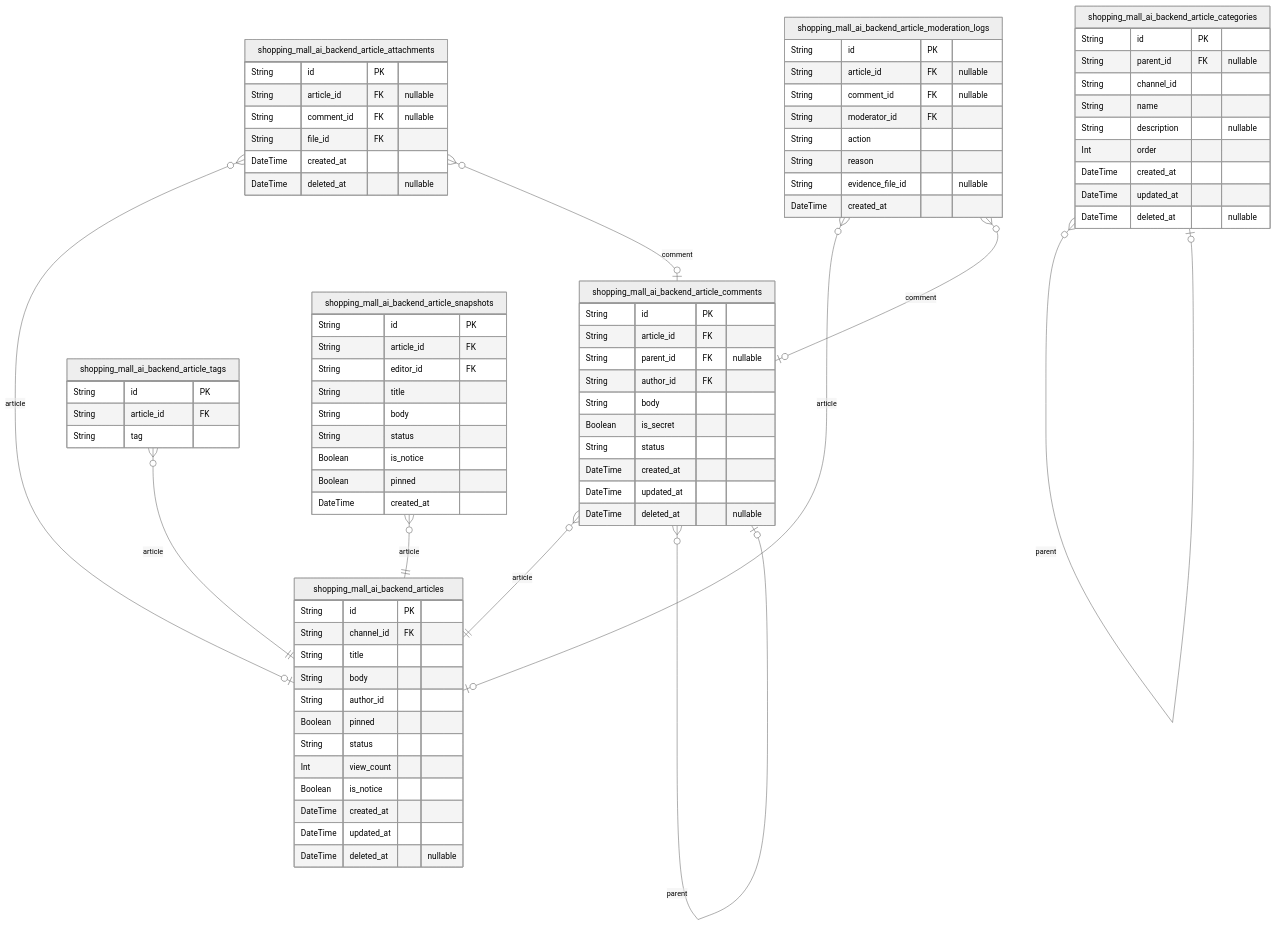
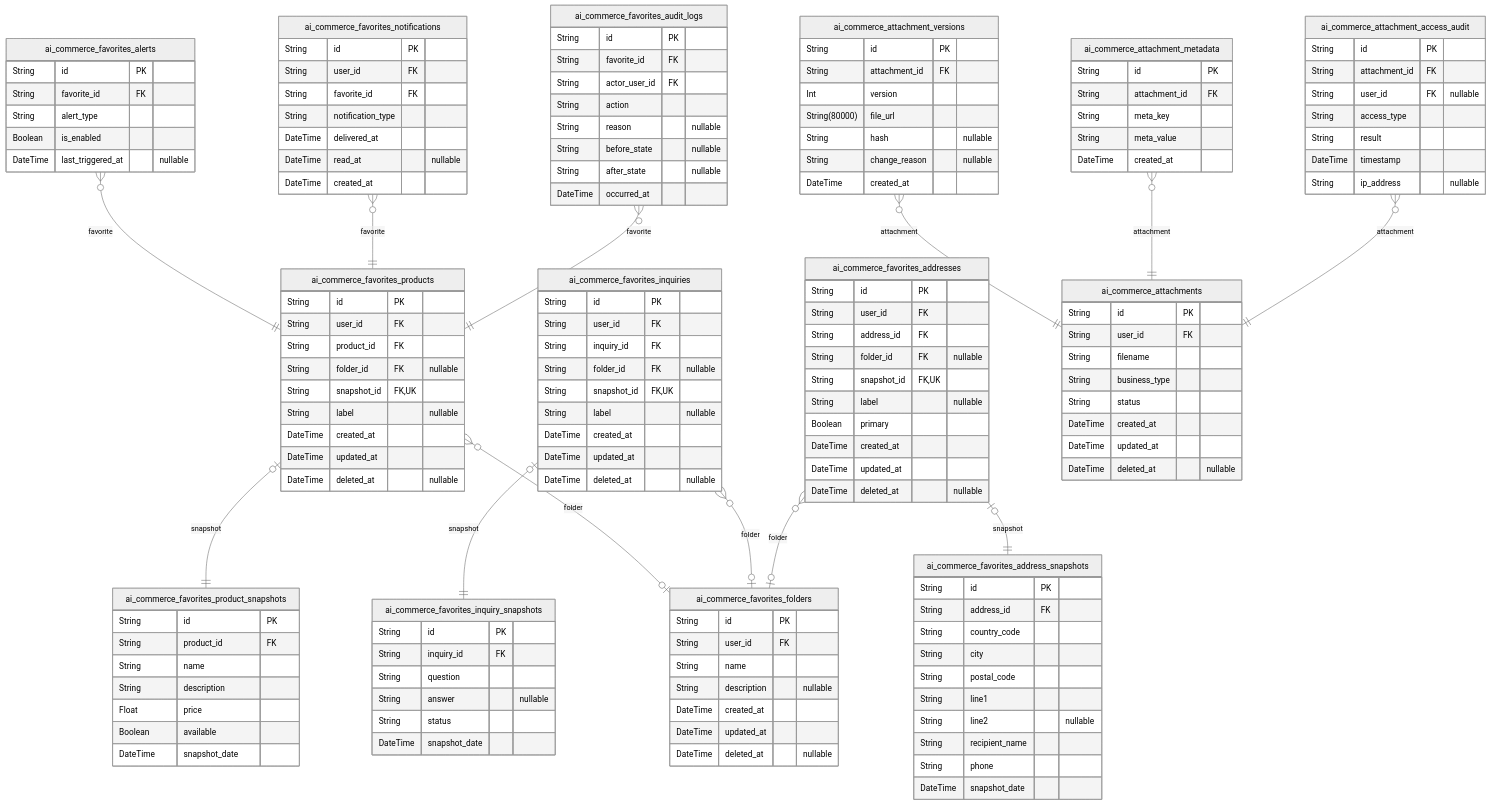
One commit to wrtnlabs/autobe-example-shopping-openai-gpt-4.1 changed the tenth of 11 diagrams in docs/ERD.md. Above: the diagram before and after it, drawn with Mermaid (neutral theme). The commit also changed other lines of this file and 2932 other files, not shown here.

````diff
--- a/docs/ERD.md
+++ b/docs/ERD.md
@@ -2694,83 +3177,148 @@
 ```mermaid
 erDiagram
-"shopping_mall_ai_backend_articles" {
+"ai_commerce_favorites_products" {
   String id PK
-  String channel_id FK
-  String title
-  String body
-  String author_id
-  Boolean pinned
-  String status
-  Int view_count
-  Boolean is_notice
+  String user_id FK
+  String product_id FK
+  String folder_id FK "nullable"
+  String snapshot_id FK,UK
+  String label "nullable"
   DateTime created_at
   DateTime updated_at
   DateTime deleted_at "nullable"
 }
-"shopping_mall_ai_backend_article_comments" {
+"ai_commerce_favorites_inquiries" {
   String id PK
-  String article_id FK
-  String parent_id FK "nullable"
-  String author_id FK
-  String body
-  Boolean is_secret
+  String user_id FK
+  String inquiry_id FK
+  String folder_id FK "nullable"
+  String snapshot_id FK,UK
+  String label "nullable"
+  DateTime created_at
+  DateTime updated_at
+  DateTime deleted_at "nullable"
+}
+"ai_commerce_favorites_addresses" {
+  String id PK
+  String user_id FK
+  String address_id FK
+  String folder_id FK "nullable"
+  String snapshot_id FK,UK
+  String label "nullable"
+  Boolean primary
+  DateTime created_at
+  DateTime updated_at
+  DateTime deleted_at "nullable"
+}
+"ai_commerce_favorites_folders" {
+  String id PK
+  String user_id FK
+  String name
+  String description "nullable"
+  DateTime created_at
+  DateTime updated_at
+  DateTime deleted_at "nullable"
+}
+"ai_commerce_favorites_product_snapshots" {
+  String id PK
+  String product_id FK
+  String name
+  String description
+  Float price
+  Boolean available
+  DateTime snapshot_date
+}
+"ai_commerce_favorites_inquiry_snapshots" {
+  String id PK
+  String inquiry_id FK
+  String question
+  String answer "nullable"
+  String status
+  DateTime snapshot_date
+}
+"ai_commerce_favorites_address_snapshots" {
+  String id PK
+  String address_id FK
+  String country_code
+  String city
+  String postal_code
+  String line1
+  String line2 "nullable"
+  String recipient_name
+  String phone
+  DateTime snapshot_date
+}
+"ai_commerce_favorites_alerts" {
+  String id PK
+  String favorite_id FK
+  String alert_type
+  Boolean is_enabled
+  DateTime last_triggered_at "nullable"
+}
+"ai_commerce_favorites_notifications" {
+  String id PK
+  String user_id FK
+  String favorite_id FK
+  String notification_type
+  DateTime delivered_at
+  DateTime read_at "nullable"
+  DateTime created_at
+}
+"ai_commerce_favorites_audit_logs" {
+  String id PK
+  String favorite_id FK
+  String actor_user_id FK
+  String action
+  String reason "nullable"
+  String before_state "nullable"
+  String after_state "nullable"
+  DateTime occurred_at
+}
+"ai_commerce_attachments" {
+  String id PK
+  String user_id FK
+  String filename
+  String business_type
   String status
   DateTime created_at
   DateTime updated_at
   DateTime deleted_at "nullable"
 }
-"shopping_mall_ai_backend_article_categories" {
+"ai_commerce_attachment_versions" {
   String id PK
-  String parent_id FK "nullable"
-  String channel_id
-  String name
-  String description "nullable"
-  Int order
-  DateTime created_at
-  DateTime updated_at
-  DateTime deleted_at "nullable"
-}
-"shopping_mall_ai_backend_article_tags" {
-  String id PK
-  String article_id FK
-  String tag
-}
-"shopping_mall_ai_backend_article_attachments" {
-  String id PK
-  String article_id FK "nullable"
-  String comment_id FK "nullable"
-  String file_id FK
-  DateTime created_at
-  DateTime deleted_at "nullable"
-}
-"shopping_mall_ai_backend_article_snapshots" {
-  String id PK
-  String article_id FK
-  String editor_id FK
-  String title
-  String body
-  String status
-  Boolean is_notice
-  Boolean pinned
+  String attachment_id FK
+  Int version
+  String(80000) file_url
+  String hash "nullable"
+  String change_reason "nullable"
   DateTime created_at
 }
-"shopping_mall_ai_backend_article_moderation_logs" {
+"ai_commerce_attachment_metadata" {
   String id PK
-  String article_id FK "nullable"
-  String comment_id FK "nullable"
-  String moderator_id FK
-  String action
-  String reason
-  String evidence_file_id "nullable"
+  String attachment_id FK
+  String meta_key
+  String meta_value
   DateTime created_at
 }
-"shopping_mall_ai_backend_article_comments" }o--|| "shopping_mall_ai_backend_articles" : article
-"shopping_mall_ai_backend_article_comments" }o--o| "shopping_mall_ai_backend_article_comments" : parent
-"shopping_mall_ai_backend_article_categories" }o--o| "shopping_mall_ai_backend_article_categories" : parent
-"shopping_mall_ai_backend_article_tags" }o--|| "shopping_mall_ai_backend_articles" : article
-"shopping_mall_ai_backend_article_attachments" }o--o| "shopping_mall_ai_backend_articles" : article
-"shopping_mall_ai_backend_article_attachments" }o--o| "shopping_mall_ai_backend_article_comments" : comment
-"shopping_mall_ai_backend_article_snapshots" }o--|| "shopping_mall_ai_backend_articles" : article
-"shopping_mall_ai_backend_article_moderation_logs" }o--o| "shopping_mall_ai_backend_articles" : article
-"shopping_mall_ai_backend_article_moderation_logs" }o--o| "shopping_mall_ai_backend_article_comments" : comment
+"ai_commerce_attachment_access_audit" {
+  String id PK
+  String attachment_id FK
+  String user_id FK "nullable"
+  String access_type
+  String result
+  DateTime timestamp
+  String ip_address "nullable"
+}
+"ai_commerce_favorites_products" }o--o| "ai_commerce_favorites_folders" : folder
+"ai_commerce_favorites_products" |o--|| "ai_commerce_favorites_product_snapshots" : snapshot
+"ai_commerce_favorites_inquiries" }o--o| "ai_commerce_favorites_folders" : folder
+"ai_commerce_favorites_inquiries" |o--|| "ai_commerce_favorites_inquiry_snapshots" : snapshot
+"ai_commerce_favorites_addresses" }o--o| "ai_commerce_favorites_folders" : folder
+"ai_commerce_favorites_addresses" |o--|| "ai_commerce_favorites_address_snapshots" : snapshot
+"ai_commerce_favorites_alerts" }o--|| "ai_commerce_favorites_products" : favorite
+"ai_commerce_favorites_notifications" }o--|| "ai_commerce_favorites_products" : favorite
+"ai_commerce_favorites_audit_logs" }o--|| "ai_commerce_favorites_products" : favorite
+"ai_commerce_attachment_versions" }o--|| "ai_commerce_attachments" : attachment
+"ai_commerce_attachment_metadata" }o--|| "ai_commerce_attachments" : attachment
+"ai_commerce_attachment_access_audit" }o--|| "ai_commerce_attachments" : attachment
 ```
````
